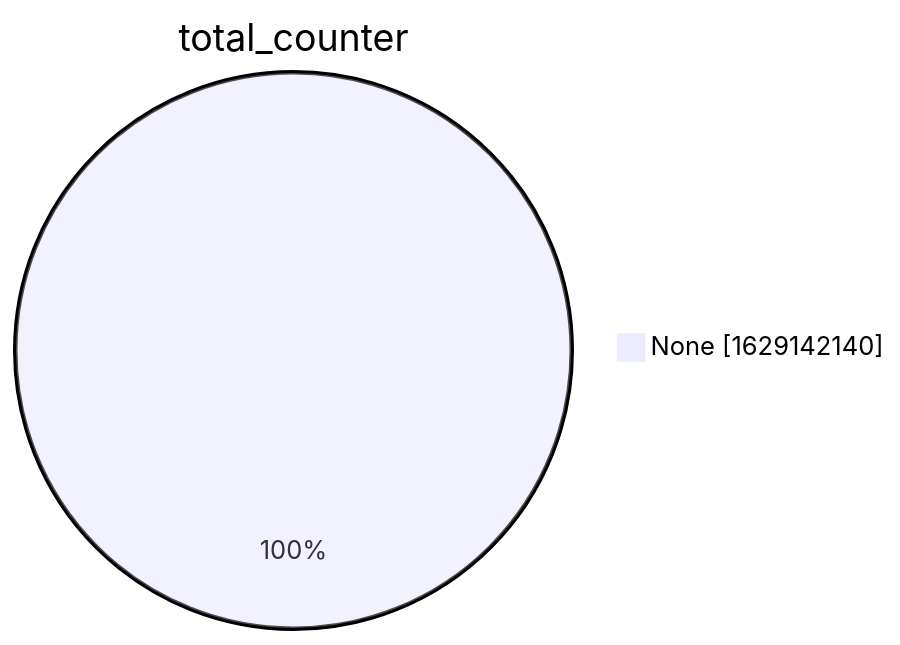
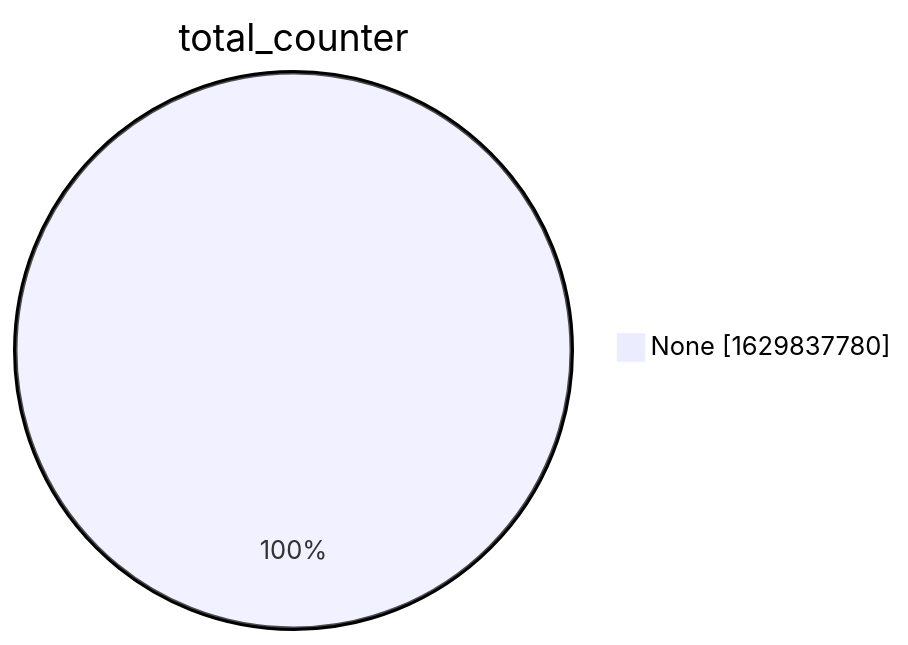
One commit to christiankrug/ctmonitor_visualization changed the second of 15 diagrams in xenon2022/README.md. Above: the diagram before and after it, drawn with Mermaid. The commit also changed other lines of this file, not shown here.

````diff
--- a/xenon2022/README.md
+++ b/xenon2022/README.md
@@ -9,5 +9,5 @@
 ```mermaid
 pie showData
 title total_counter
-"None" :1629142140
+"None" :1629837780
 ```
````
